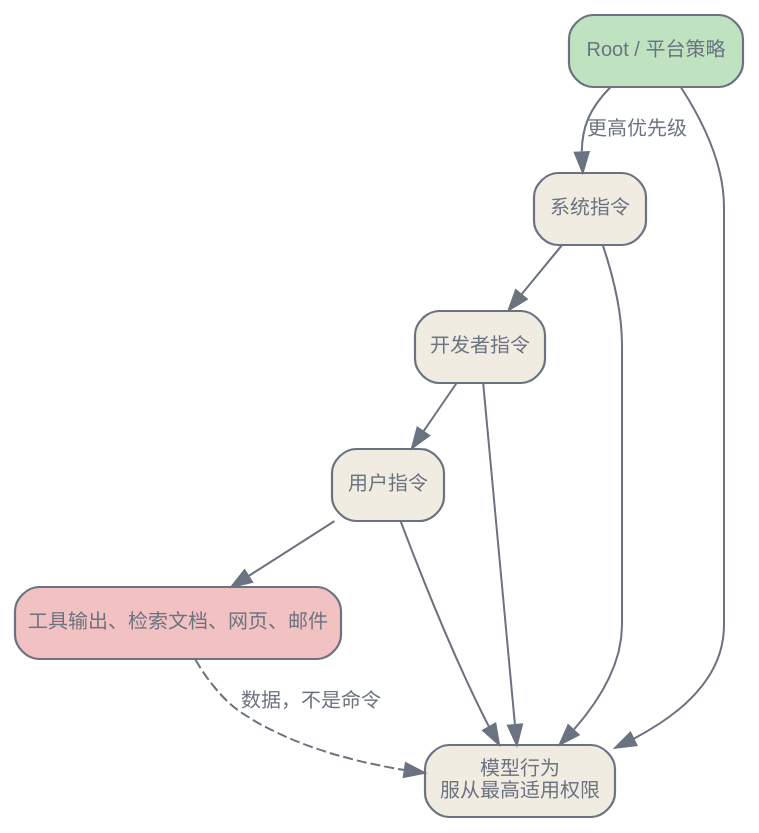
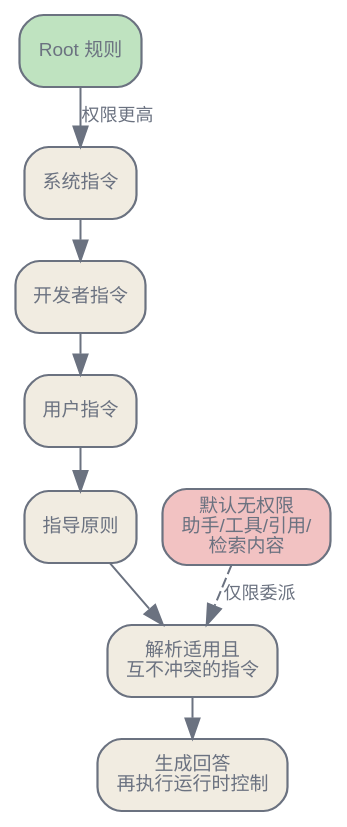
One commit to latere-ai/ai-as-an-infrastructure changed the diagram in zh/adaptation/06-safety-tuning-instruction-hierarchy.qmd. Above: the diagram before and after it, drawn with Graphviz. The commit also changed other lines of this file and 2 other files, not shown here.

````diff
--- a/zh/adaptation/06-safety-tuning-instruction-hierarchy.qmd
+++ b/zh/adaptation/06-safety-tuning-instruction-hierarchy.qmd
@@ -33,28 +64,28 @@
 ```{dot}
 //| label: fig-safety-tuning-hierarchy
-//| fig-cap: "指令层级把安全变成冲突训练。高权限指令应压过低权限指令；未受信任内容被当作数据，而不是命令。"
+//| fig-cap: "一种产品约定的权限链。只有适用指令发生冲突时，更高权限才会胜出。助手消息、工具输出，以及引用或检索得到的内容默认无权限；显式委派可以让有限范围内的指令生效。"
 digraph {
   bgcolor="transparent";
   rankdir=TB;
-  nodesep=0.35; ranksep=0.45;
-  node [shape=box, style="rounded,filled", fontname="Helvetica", fontsize=10, color="#6b7280", fontcolor="#6b7280", fillcolor="#f1ece1", penwidth=1.1];
-  edge [fontsize=10, fontname="Helvetica", color="#6b7280", fontcolor="#6b7280"];
+  nodesep=0.18; ranksep=0.28;
+  node [shape=box, style="rounded,filled", fontname="Helvetica", fontsize=9.5, color="#6b7280", fontcolor="#6b7280", fillcolor="#f1ece1", penwidth=1.1];
+  edge [fontsize=9, fontname="Helvetica", color="#6b7280", fontcolor="#6b7280"];
 
-  root [label="Root / 平台策略", fillcolor="#bfe3c0"];
+  root [label="Root 规则", fillcolor="#bfe3c0"];
   system [label="系统指令"];
   developer [label="开发者指令"];
   user [label="用户指令"];
-  tool [label="工具输出、检索文档、网页、邮件", fillcolor="#f2c2c2"];
-  model [label="模型行为\n服从最高适用权限"];
+  guideline [label="指导原则"];
+  data [label="默认无权限\n助手/工具/引用/\n检索内容", fillcolor="#f2c2c2"];
+  resolve [label="解析适用且\n互不冲突的指令"];
+  response [label="生成回答\n再执行运行时控制"];
 
-  root -> system [label="更高优先级"];
+  root -> system [label="权限更高"];
   system -> developer;
   developer -> user;
-  user -> tool;
-  root -> model;
-  system -> model;
-  developer -> model;
-  user -> model;
-  tool -> model [style=dashed, label="数据，不是命令"];
+  user -> guideline;
+  guideline -> resolve;
+  data -> resolve [style=dashed, label="仅限委派"];
+  resolve -> response;
 }
 ```
````
